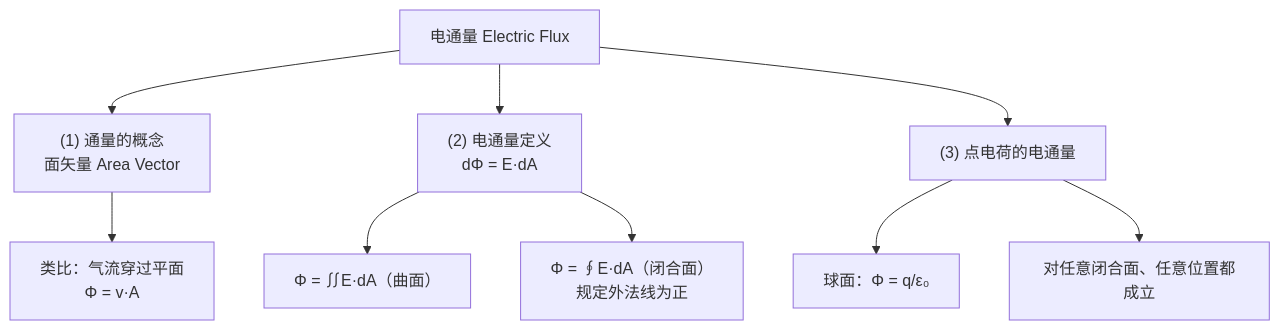
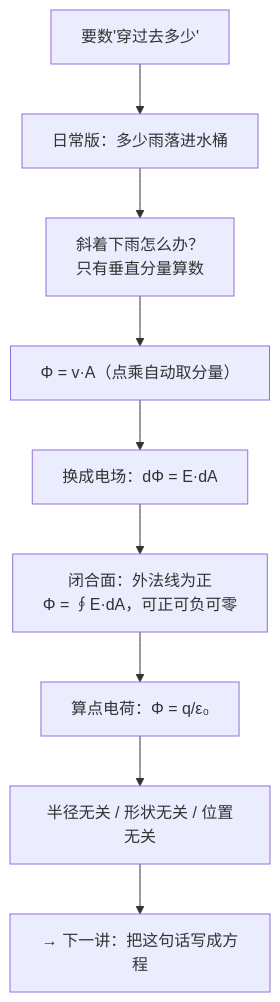
One commit to KayeAdams515/ClaudeNotes changed the first of 2 diagrams in 物理/C23.1 电通量.md. Above: the diagram before and after it, drawn with Mermaid. The commit also changed other lines of this file and 74 other files, not shown here.

````diff
--- a/物理/C23.1 电通量.md
+++ b/物理/C23.1 电通量.md
@@ -51,11 +22,11 @@
 ```mermaid
 graph TD
-    A["电通量 Electric Flux"] --> B["(1) 通量的概念<br/>面矢量 Area Vector"]
-    B --> B1["类比：气流穿过平面<br/>Φ = v·A"]
-    A --> C["(2) 电通量定义<br/>dΦ = E·dA"]
-    C --> C1["Φ = ∬E·dA（曲面）"]
-    C --> C2["Φ = ∮E·dA（闭合面）<br/>规定外法线为正"]
-    A --> D["(3) 点电荷的电通量"]
-    D --> D1["球面：Φ = q/ε₀"]
-    D --> D2["对任意闭合面、任意位置都成立"]
+    A["要数'穿过去多少'"] --> B["日常版：多少雨落进水桶"]
+    B --> C["斜着下雨怎么办？<br/>只有垂直分量算数"]
+    C --> D["Φ = v·A（点乘自动取分量）"]
+    D --> E["换成电场：dΦ = E·dA"]
+    E --> F["闭合面：外法线为正<br/>Φ = ∮E·dA，可正可负可零"]
+    F --> G["算点电荷：Φ = q/ε₀"]
+    G --> H["半径无关 / 形状无关 / 位置无关"]
+    H --> I["→ 下一讲：把这句话写成方程"]
 ```
````
